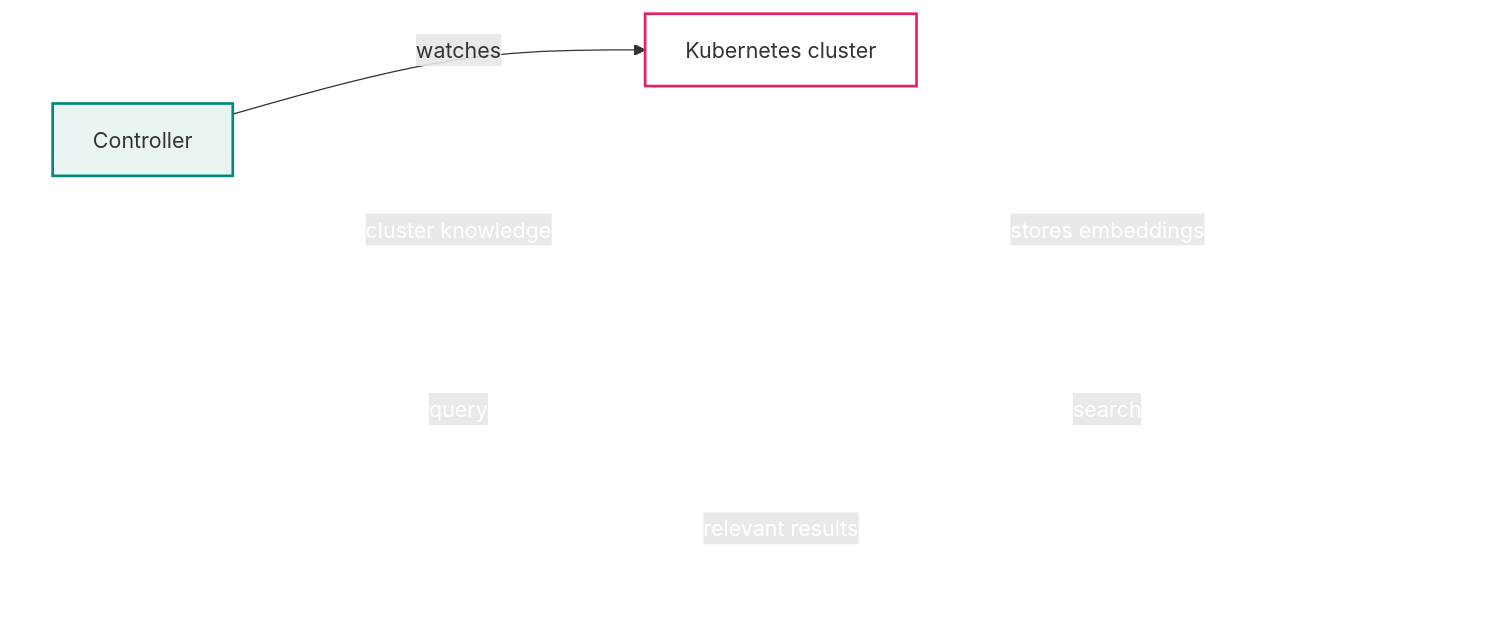
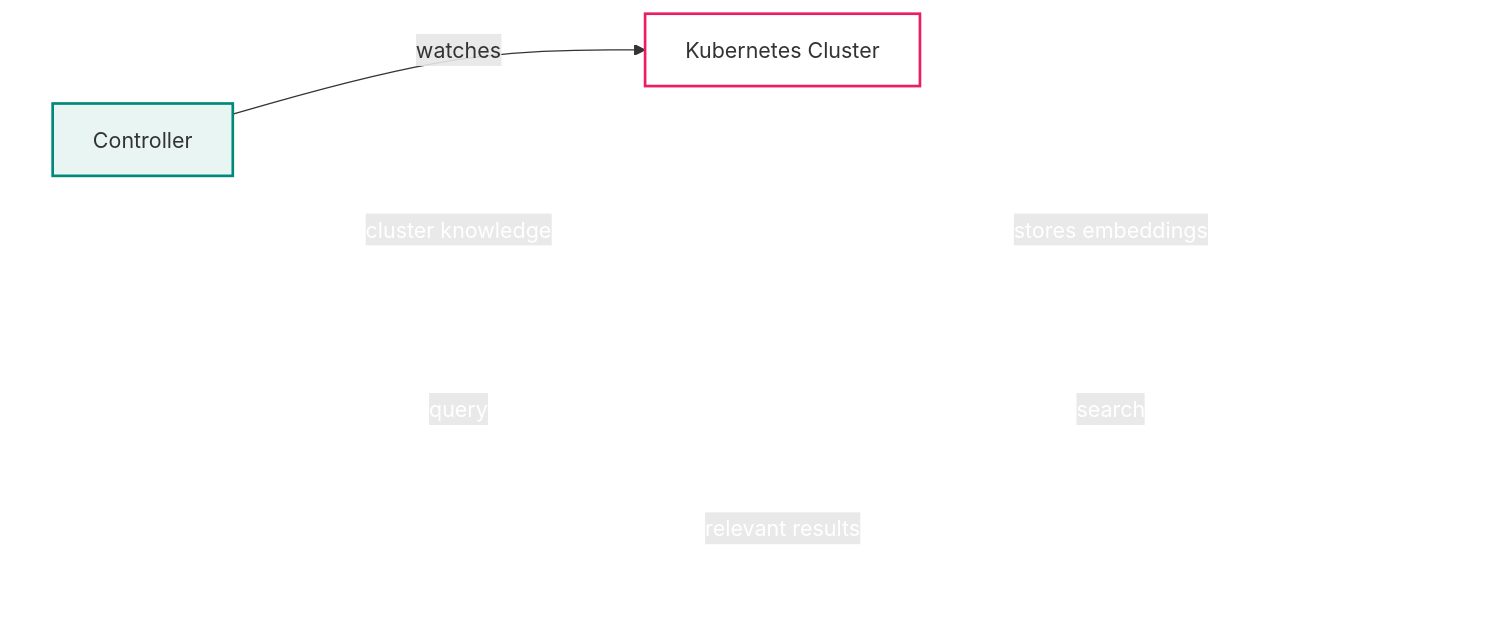
One commit to wiggitywhitney/cluster-whisperer changed the sixth of 15 diagrams in docs/talk/slides-your-platform-next-interface.qmd. Above: the diagram before and after it, drawn with Mermaid. The commit also changed other lines of this file and 2 other files, not shown here.

````diff
--- a/docs/talk/slides-your-platform-next-interface.qmd
+++ b/docs/talk/slides-your-platform-next-interface.qmd
@@ -192,27 +192,27 @@
 ```{mermaid}
 %%{init: {'flowchart': {'nodeSpacing': 80, 'rankSpacing': 140}}}%%
 flowchart LR
-  C["Controller"] -->|"watches"| K["Kubernetes cluster"]
+  C["Controller"] -->|"watches"| K["Kubernetes Cluster"]
   C -->|"cluster knowledge"| E["Embedding Model"]
   E -->|"stores embeddings"| V["Vector DB"]
   A -->|"query"| EQ["Embed Query"]
   EQ -->|"search"| V
   V -->|"relevant results"| A
 
   subgraph A["Agent"]
     L["LLM"]
   end
 
   style C fill:#e8f5f3,stroke:#00897B,stroke-width:2px
   style K fill:none,stroke:#E91E63,stroke-width:2px
   style E fill:white,stroke:white,color:white
   style V fill:white,stroke:white,color:white
   style A fill:white,stroke:white,color:white
   style L fill:white,stroke:white,color:white
   style EQ fill:white,stroke:white,color:white
   linkStyle 1 stroke:white,color:white,fill:white
   linkStyle 2 stroke:white,color:white,fill:white
   linkStyle 3 stroke:white,color:white,fill:white
   linkStyle 4 stroke:white,color:white,fill:white
   linkStyle 5 stroke:white,color:white,fill:white
 ```
````
